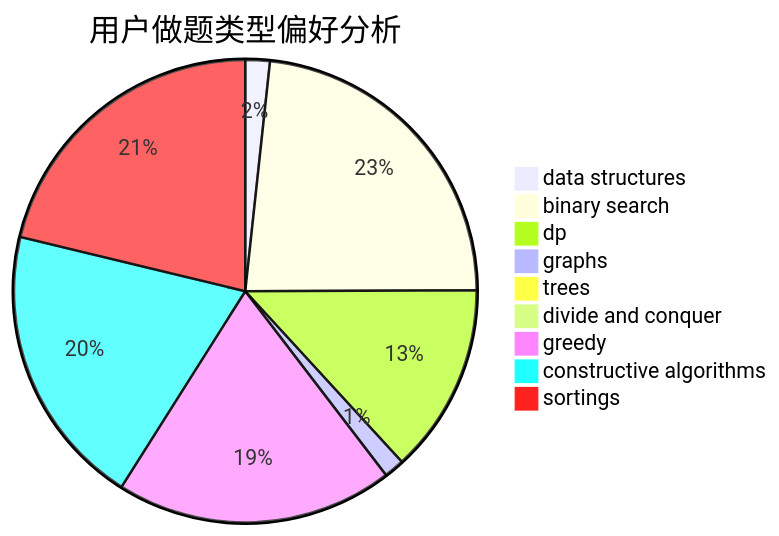
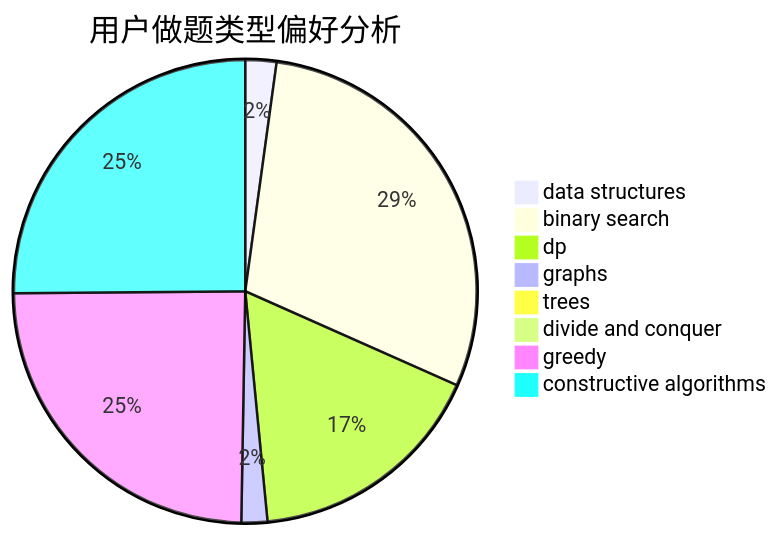
Before and after one commit to sherpahu/cfrs.github.io: the second of 3 diagrams in docs/user/u544.md, drawn with Mermaid. The commit also changed other lines of this file and 2769 other files, not shown here.

````diff
--- a/docs/user/u544.md
+++ b/docs/user/u544.md
@@ -18,12 +18,11 @@
 ```mermaid
 pie title 用户做题类型偏好分析
     "data structures" :  12
     "binary search" :  163
     "dp" :  93
     "graphs" :  10
     "trees" :  0
     "divide and conquer" :  0
     "greedy" :  136
     "constructive algorithms" :  139
-    "sortings" :  149
 ```
````
